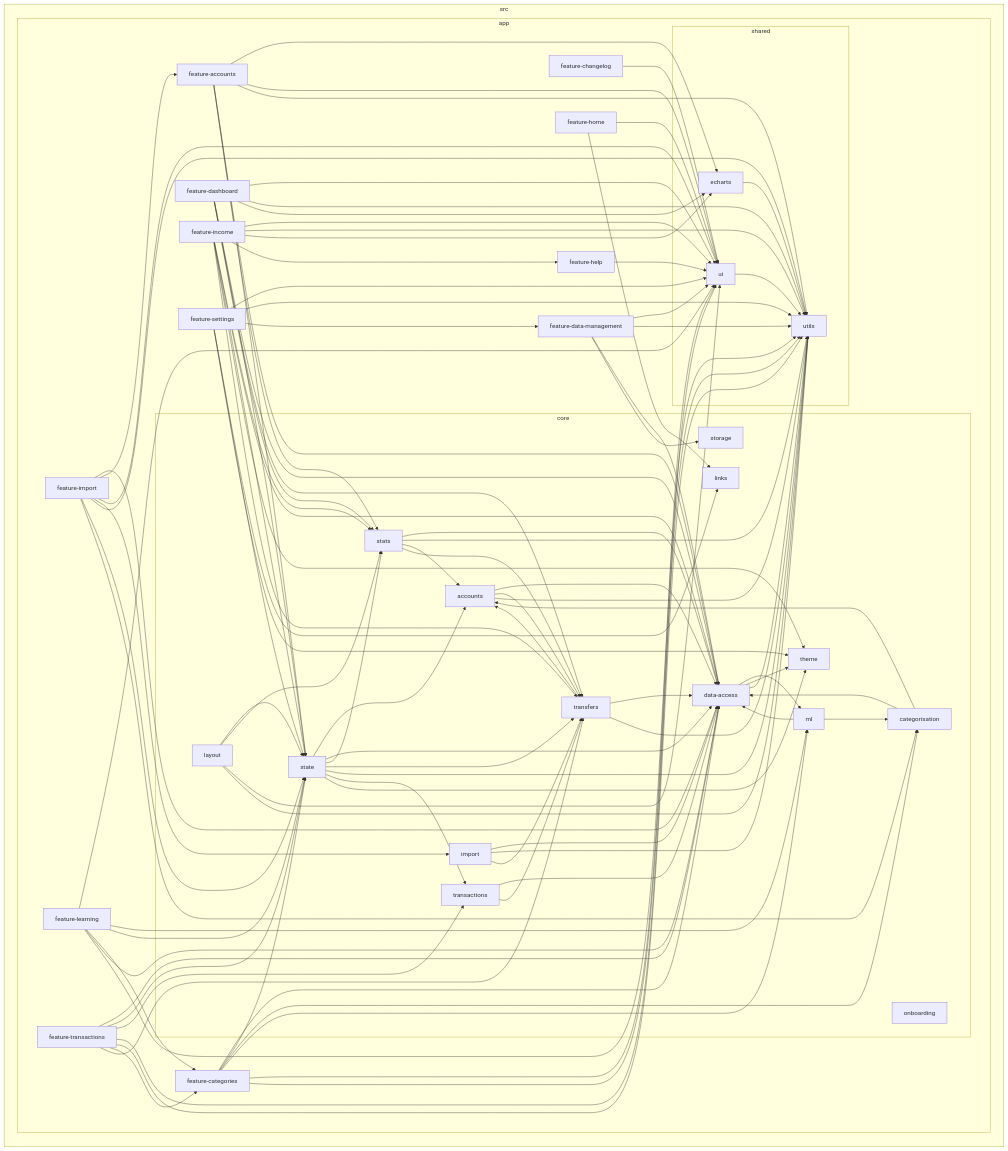
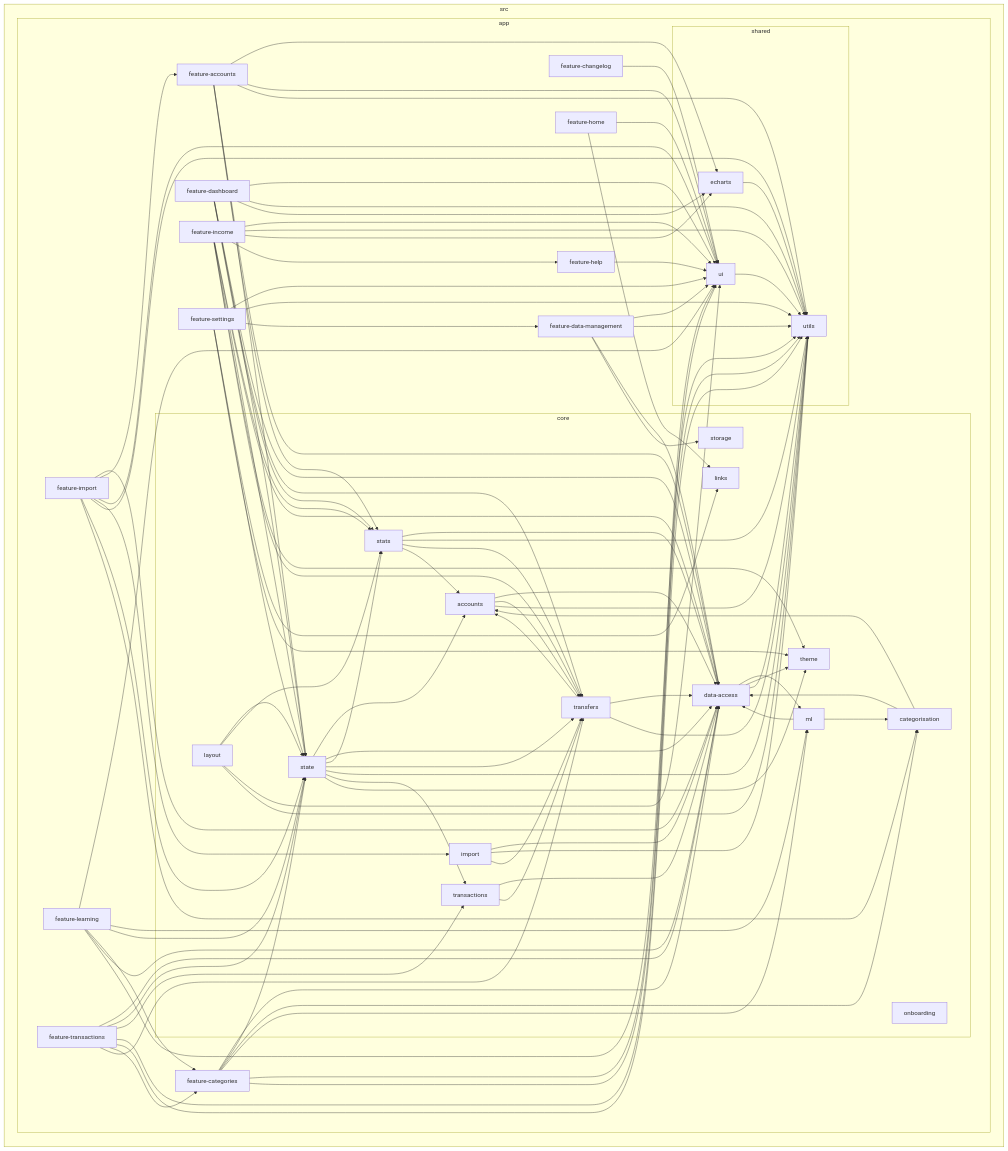
Before and after one commit to kevhauma/money-mosaic-v2: the diagram in reports/dependency-graph.mmd, drawn with Mermaid. The commit also changed other lines of this file and 26 other files, not shown here.

```diff
--- a/reports/dependency-graph.mmd
+++ b/reports/dependency-graph.mmd
@@ -1,136 +1,136 @@
 flowchart LR
 
 subgraph 0["src"]
 subgraph 1["app"]
 subgraph 2["core"]
 3["accounts"]
 4["categorisation"]
 5["data-access"]
 6["import"]
 7["layout"]
 8["links"]
 9["ml"]
 A["onboarding"]
 B["state"]
 C["stats"]
 D["storage"]
 E["theme"]
 F["transactions"]
 G["transfers"]
 end
 H["feature-accounts"]
 I["feature-categories"]
 J["feature-changelog"]
 K["feature-dashboard"]
 L["feature-data-management"]
 M["feature-help"]
 N["feature-home"]
 O["feature-import"]
 P["feature-income"]
 Q["feature-learning"]
 R["feature-settings"]
 S["feature-transactions"]
 subgraph T["shared"]
 U["echarts"]
 V["ui"]
 W["utils"]
 end
 end
 end
 3-->5
 3-->G
 3-->W
 4-->5
 4-->3
 5-->9
 5-->E
 5-->W
 6-->5
 6-->W
 6-->G
 7-->B
 7-->C
 7-->V
 7-->W
 9-->4
 9-->5
 B-->3
 B-->5
 B-->C
 B-->G
 B-->W
 B-->F
 B-->E
 C-->5
 C-->W
+C-->G
 C-->3
-C-->G
 F-->5
 F-->G
 G-->5
 G-->3
 G-->W
 H-->5
 H-->U
 H-->B
 H-->V
 H-->W
 H-->C
 I-->5
 I-->B
 I-->V
 I-->W
 I-->4
 I-->9
 J-->V
 K-->5
 K-->B
 K-->V
 K-->W
 K-->G
 K-->C
 K-->U
 L-->5
 L-->D
 L-->V
 L-->W
 M-->V
 N-->8
 N-->V
 O-->5
 O-->H
 O-->V
 O-->6
 O-->W
 O-->B
 O-->4
 P-->C
 P-->V
 P-->W
 P-->5
 P-->B
 P-->E
 P-->G
 P-->U
 P-->M
 Q-->V
 Q-->9
 Q-->B
 Q-->I
 Q-->5
 Q-->W
 R-->V
 R-->8
 R-->B
 R-->W
 R-->L
 R-->E
 S-->5
 S-->B
 S-->F
 S-->V
 S-->W
 S-->I
 S-->G
 U-->W
 V-->W
```
